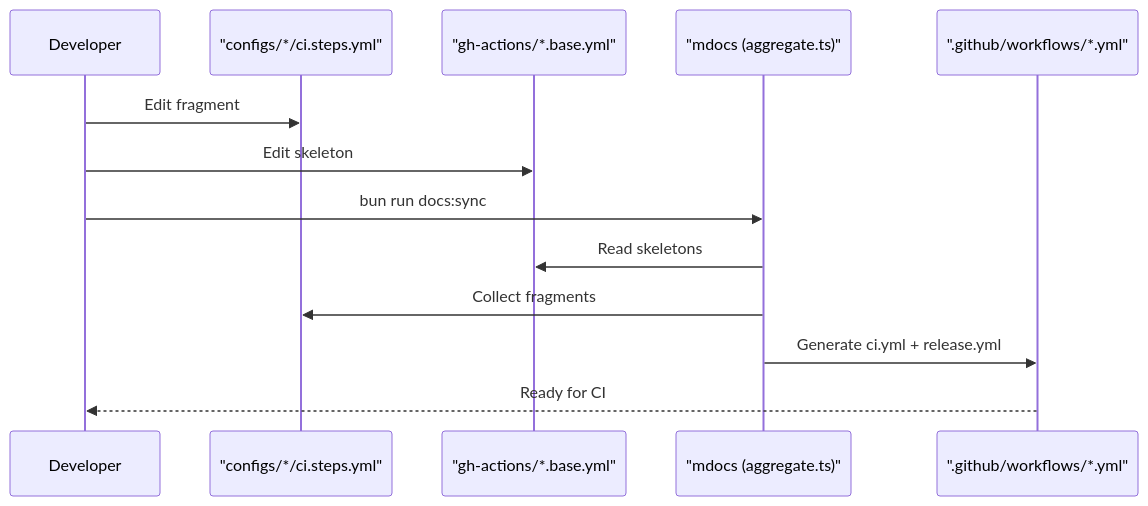
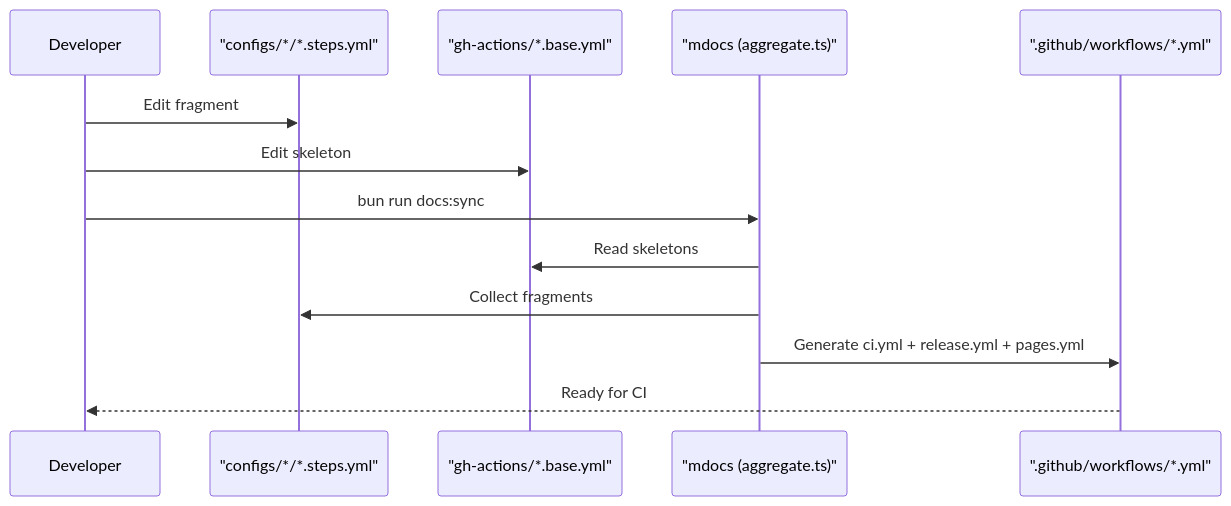
One commit to Archont561/ts-monorepo-template changed the second of 2 diagrams in README.md. Above: the diagram before and after it, drawn with Mermaid. The commit also changed other lines of this file and 17 other files, not shown here.

````diff
--- a/README.md
+++ b/README.md
@@ -231,16 +237,16 @@
 ```mermaid
 sequenceDiagram
     participant Dev as Developer
-    participant Config as "configs/*/ci.steps.yml"
+    participant Config as "configs/*/*.steps.yml"
     participant Base as "gh-actions/*.base.yml"
     participant Mdocs as "mdocs (aggregate.ts)"
     participant GH as ".github/workflows/*.yml"
 
     Dev->>Config: Edit fragment
     Dev->>Base: Edit skeleton
     Dev->>Mdocs: bun run docs:sync
     Mdocs->>Base: Read skeletons
     Mdocs->>Config: Collect fragments
-    Mdocs->>GH: Generate ci.yml + release.yml
+    Mdocs->>GH: Generate ci.yml + release.yml + pages.yml
     GH-->>Dev: Ready for CI
 ```
````
